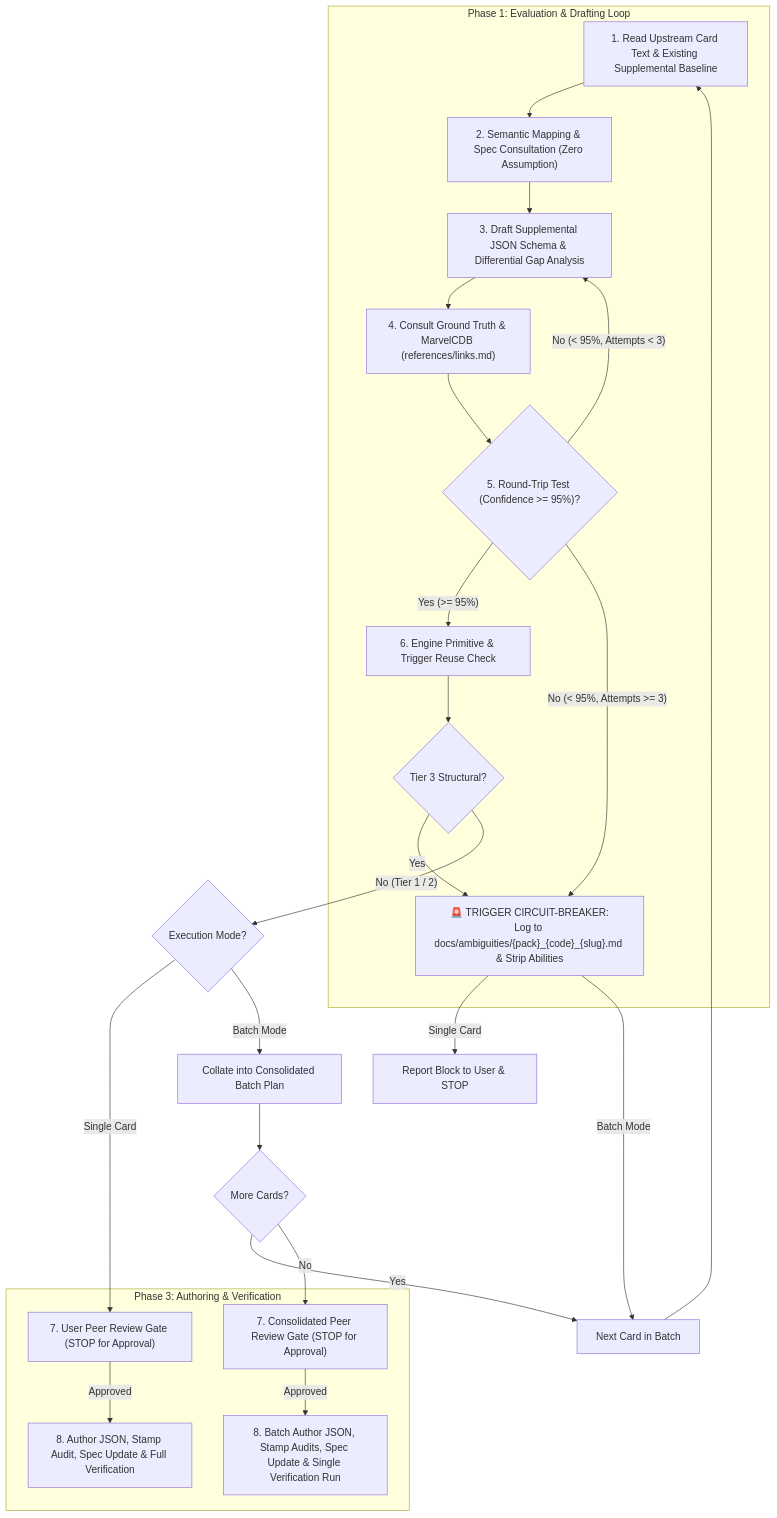
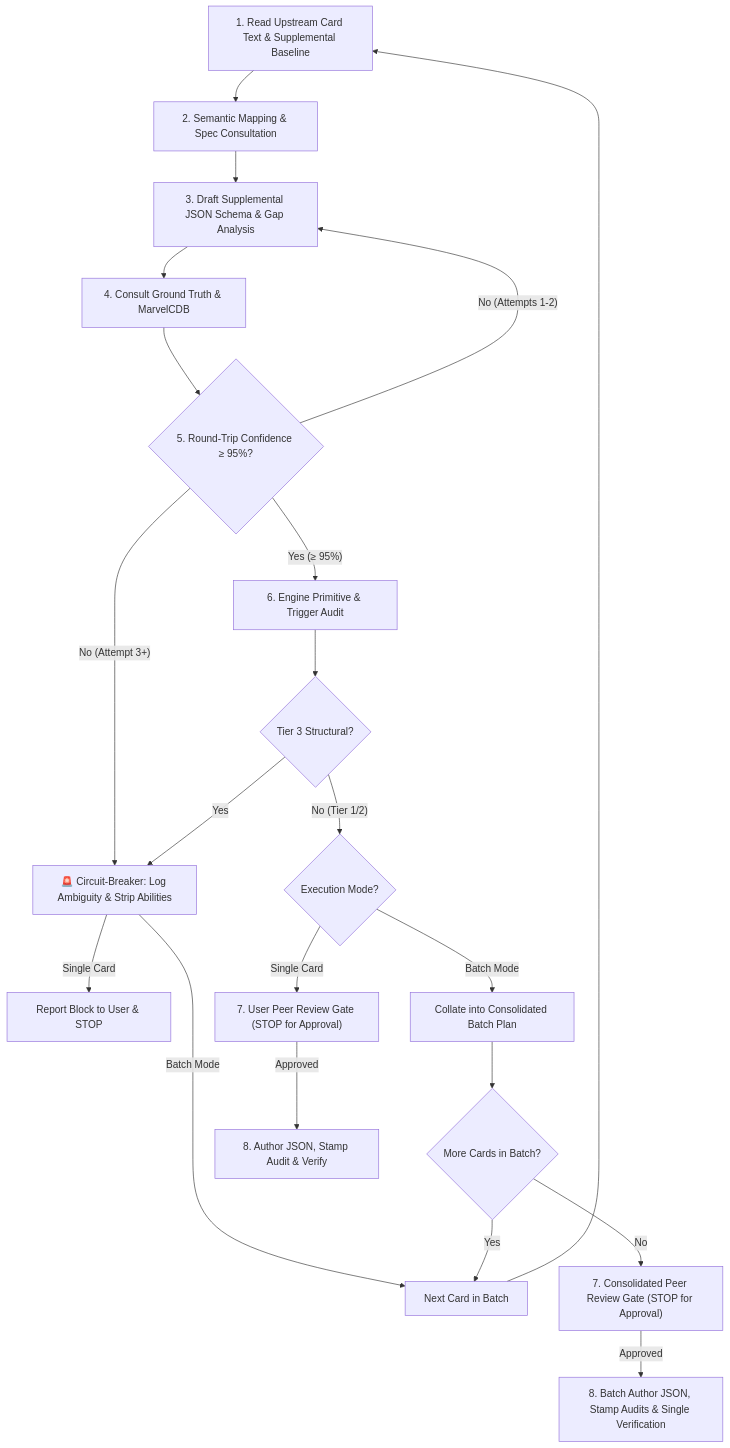
One commit to SteveRodrigue/MCD changed the diagram in .agents/skills/card-integration-protocol/SKILL.md. Above: the diagram before and after it, drawn with Mermaid. The commit also changed other lines of this file and 4 other files, not shown here.

Commit message:
feat(tooling): add extract, validate tools and single-card skill

````diff
--- a/.agents/skills/card-integration-protocol/SKILL.md
+++ b/.agents/skills/card-integration-protocol/SKILL.md
@@ -41,31 +41,23 @@
 ```mermaid
 flowchart TD
-    subgraph P1 ["Phase 1: Evaluation & Drafting Loop"]
-        S1["1. Read Upstream Card Text & Existing Supplemental Baseline"] --> S2["2. Semantic Mapping & Spec Consultation (Zero Assumption)"]
-        S2 --> S3["3. Draft Supplemental JSON Schema & Differential Gap Analysis"]
-        S3 --> S4["4. Consult Ground Truth & MarvelCDB (references/links.md)"]
-        S4 --> S5{"5. Round-Trip Test (Confidence >= 95%)?"}
-        S5 -- "Yes (>= 95%)" --> S6["6. Engine Primitive & Trigger Reuse Check"]
-        S5 -- "No (< 95%, Attempts < 3)" --> S3
-        S5 -- "No (< 95%, Attempts >= 3)" --> CB["🚨 TRIGGER CIRCUIT-BREAKER:
-Log to docs/ambiguities/{pack}_{code}_{slug}.md & Strip Abilities"]
-        S6 --> T3{"Tier 3 Structural?"}
-        T3 -- "Yes" --> CB
-    end
-
+    S1["1. Read Upstream Card Text & Supplemental Baseline"] --> S2["2. Semantic Mapping & Spec Consultation"]
+    S2 --> S3["3. Draft Supplemental JSON Schema & Gap Analysis"]
+    S3 --> S4["4. Consult Ground Truth & MarvelCDB"]
+    S4 --> S5{"5. Round-Trip Confidence ≥ 95%?"}
+    S5 -- "Yes (≥ 95%)" --> S6["6. Engine Primitive & Trigger Audit"]
+    S5 -- "No (Attempts 1-2)" --> S3
+    S5 -- "No (Attempt 3+)" --> CB["🚨 Circuit-Breaker: Log Ambiguity & Strip Abilities"]
+    S6 --> T3{"Tier 3 Structural?"}
+    T3 -- "Yes" --> CB
     CB -- "Single Card" --> CBSingle["Report Block to User & STOP"]
     CB -- "Batch Mode" --> NextCard["Next Card in Batch"]
     NextCard --> S1
-
-    T3 -- "No (Tier 1 / 2)" --> ModeChoice{"Execution Mode?"}
+    T3 -- "No (Tier 1/2)" --> ModeChoice{"Execution Mode?"}
     ModeChoice -- "Single Card" --> S7Single["7. User Peer Review Gate (STOP for Approval)"]
     ModeChoice -- "Batch Mode" --> CollateBatch["Collate into Consolidated Batch Plan"]
-    CollateBatch --> MoreCards{"More Cards?"}
+    CollateBatch --> MoreCards{"More Cards in Batch?"}
     MoreCards -- "Yes" --> NextCard
     MoreCards -- "No" --> S7Batch["7. Consolidated Peer Review Gate (STOP for Approval)"]
-
-    subgraph P3 ["Phase 3: Authoring & Verification"]
-        S7Single -- "Approved" --> S8Single["8. Author JSON, Stamp Audit, Spec Update & Full Verification"]
-        S7Batch -- "Approved" --> S8Batch["8. Batch Author JSON, Stamp Audits, Spec Update & Single Verification Run"]
-    end
+    S7Single -- "Approved" --> S8Single["8. Author JSON, Stamp Audit & Verify"]
+    S7Batch -- "Approved" --> S8Batch["8. Batch Author JSON, Stamp Audits & Single Verification"]
 ```
````
